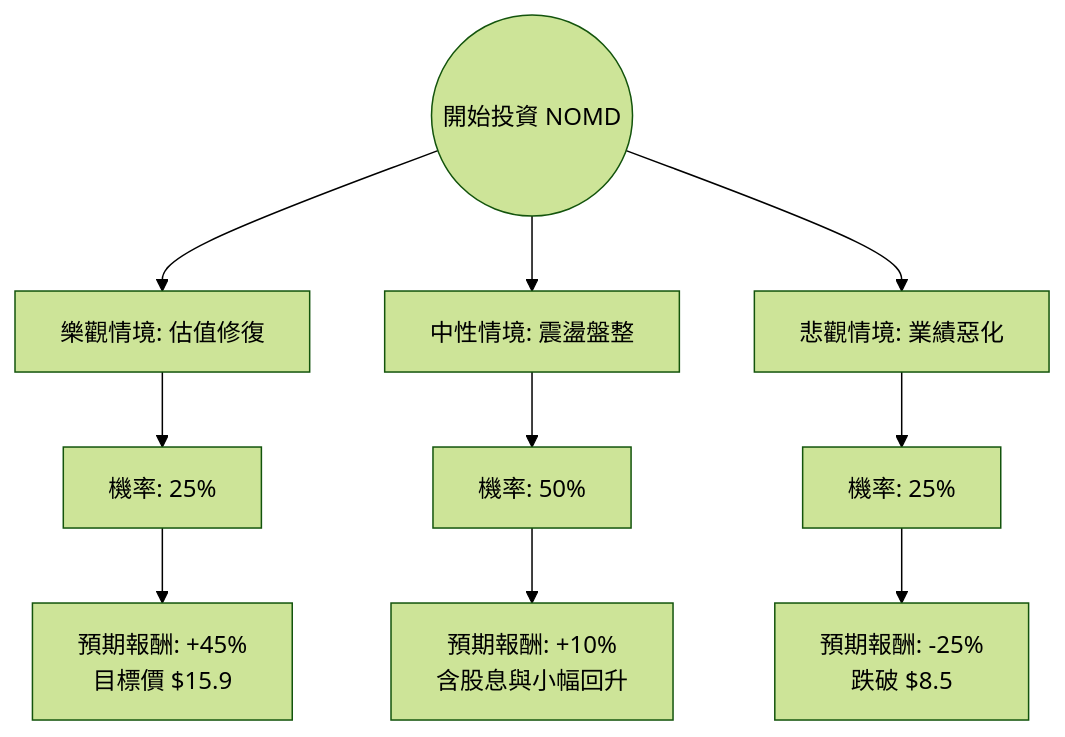
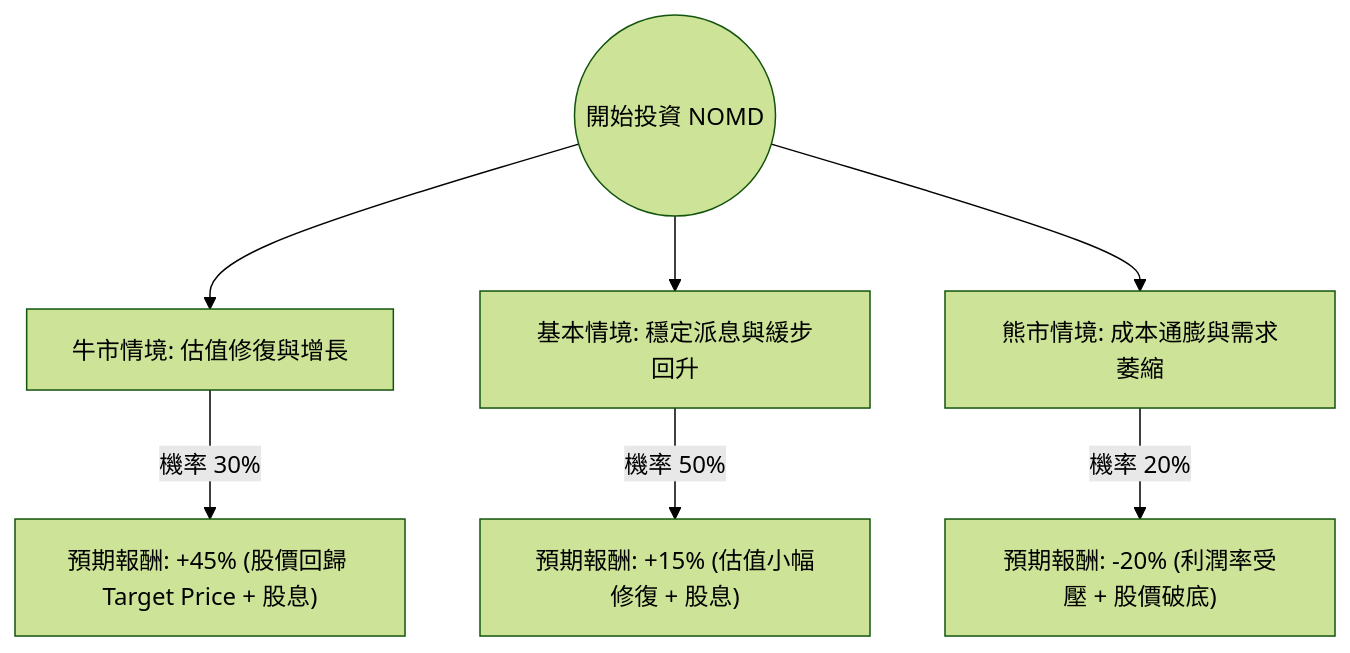
The diagram in plugin-react/ai-analysis/ev-analysis/NOMD.md (zmcx16/zmcx16.github.io), drawn with Mermaid (forest theme) before and after one commit. The commit also changed other lines of this file and 70 other files, not shown here.

````diff
--- a/plugin-react/ai-analysis/ev-analysis/NOMD.md
+++ b/plugin-react/ai-analysis/ev-analysis/NOMD.md
@@ -21,15 +17,10 @@
 ```mermaid
 graph TD
-    Start((開始投資 NOMD)) --> Bull[樂觀情境: 估值修復]
-    Start --> Base[中性情境: 震盪盤整]
-    Start --> Bear[悲觀情境: 業績惡化]
+    Start((開始投資 NOMD)) --> Bull[牛市情境: 估值修復與增長]
+    Start --> Base[基本情境: 穩定派息與緩步回升]
+    Start --> Bear[熊市情境: 成本通膨與需求萎縮]
 
-    Bull --> Bull_P[機率: 25%]
-    Bull_P --> Bull_R[預期報酬: +45% <br/>目標價 $15.9]
-
-    Base --> Base_P[機率: 50%]
-    Base_P --> Base_R[預期報酬: +10% <br/>含股息與小幅回升]
-
-    Bear --> Bear_P[機率: 25%]
-    Bear_P --> Bear_R[預期報酬: -25% <br/>跌破 $8.5]
+    Bull -- "機率 30%" --> BullResult["預期報酬: +45% (股價回歸 Target Price + 股息)"]
+    Base -- "機率 50%" --> BaseResult["預期報酬: +15% (估值小幅修復 + 股息)"]
+    Bear -- "機率 20%" --> BearResult["預期報酬: -20% (利潤率受壓 + 股價破底)"]
 ```
````
